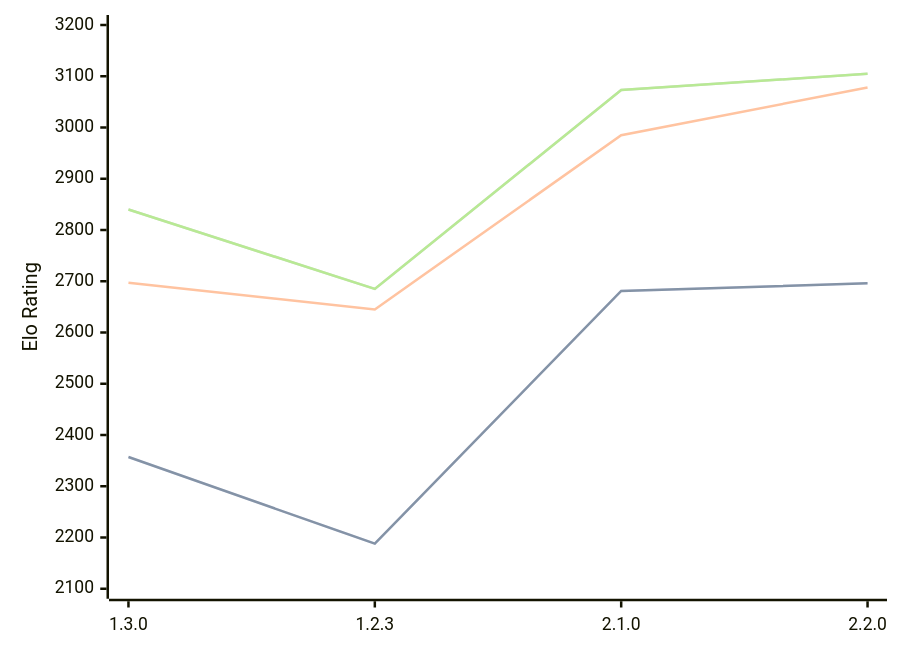
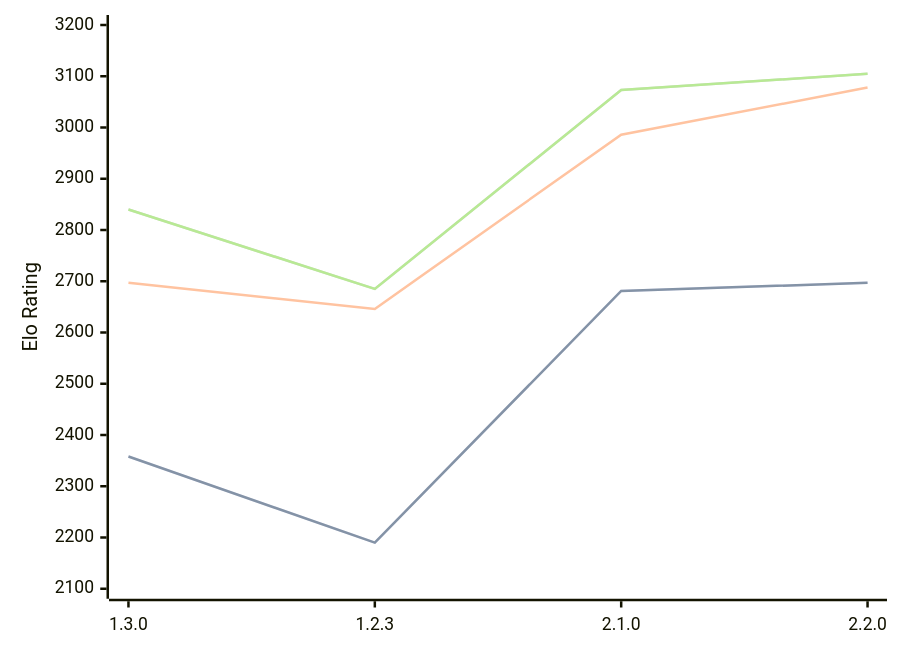
One commit to computer-chess-index/cci changed the diagram in engines/Aspen.md. Above: the diagram before and after it, drawn with Mermaid. The commit also changed other lines of this file, not shown here.

````diff
--- a/engines/Aspen.md
+++ b/engines/Aspen.md
@@ -43,11 +43,11 @@
 ```mermaid
 %%{init: {"theme":"base","themeVariables":{"seriesColors:['#a3a3a3','#222221','#faa371']}}}%%
 xychart-beta
   x-axis ["1.3.0", "1.2.3", "2.1.0", "2.2.0"]
   y-axis "Elo Rating" 2100 --> 3200
-  line "STC (8.0+0.08s)" [2357, 2188, 2681, 2696]
-  line "STC (8.0+0.08s)" [2357, 2188, 2681, 2696]
-  line "LTC (60.0+0.60s)" [2697, 2645, 2985, 3078]
+  line "STC (8.0+0.08s)" [2358, 2190, 2681, 2697]
+  line "STC (8.0+0.08s)" [2358, 2190, 2681, 2697]
+  line "LTC (60.0+0.60s)" [2697, 2646, 2986, 3078]
   line "VLTC (2m24s+1.12s)" [2840, 2685, 3073, 3105]
   line "VLTC (2m24s+1.12s)" [2840, 2685, 3073, 3105]
 ```
````
